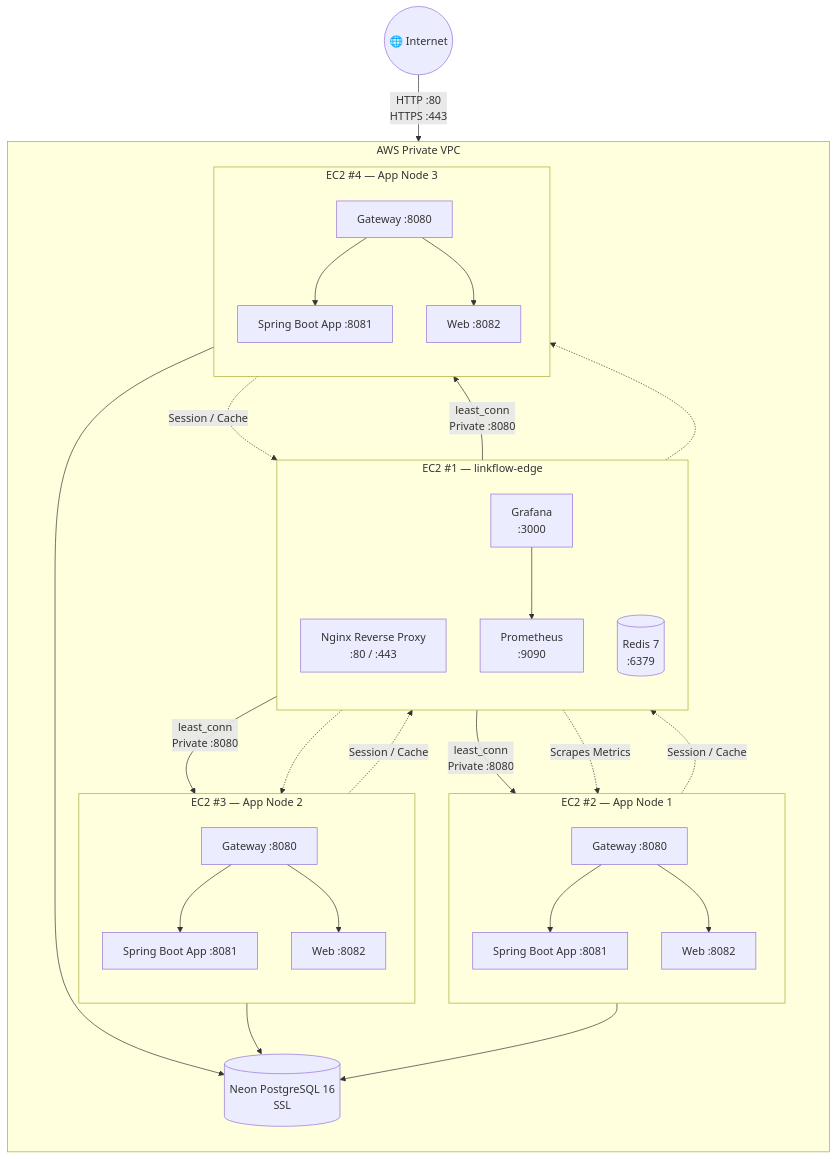
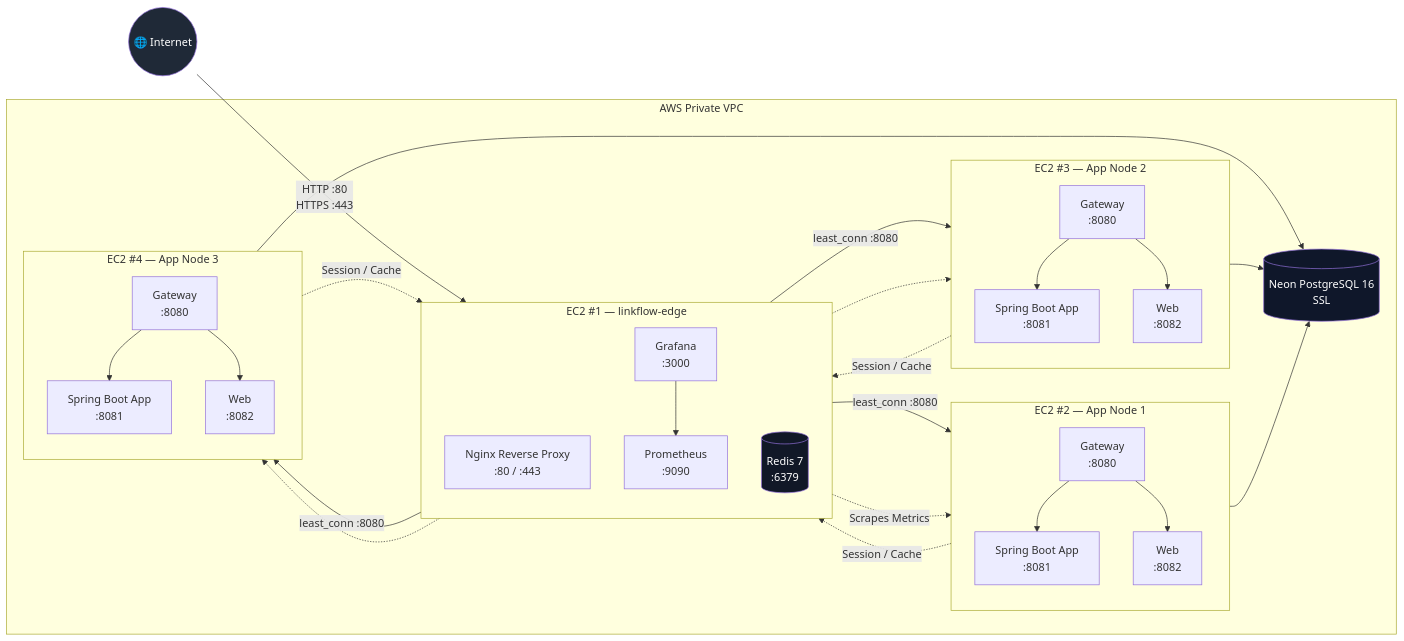
Before and after one commit to SlayerBit/linkflow: the first of 3 diagrams in README.md, drawn with Mermaid.

Commit message:
docs: update cluster topology to flowchart LR with instance subgraphs and styling

````diff
--- a/README.md
+++ b/README.md
@@ -70,64 +70,67 @@
 ```mermaid
-flowchart TB
+flowchart LR
     Internet((🌐 Internet))
 
-    Internet -->|HTTP :80<br/>HTTPS :443| Edge
+    Internet -->|HTTP :80<br/>HTTPS :443| Nginx
 
     subgraph VPC["AWS Private VPC"]
-        direction TB
 
-        subgraph EDGE["EC2 #1 — linkflow-edge"]
+        subgraph EC1["EC2 #1 — linkflow-edge"]
             direction TB
-            Edge["Nginx Reverse Proxy<br/>:80 / :443"]
-            Redis[("Redis 7<br/>:6379")]
-            Prom["Prometheus<br/>:9090"]
-            Graf["Grafana<br/>:3000"]
+            Grafana[Grafana<br/>:3000]
+            Prometheus[Prometheus<br/>:9090]
+            Nginx[Nginx Reverse Proxy<br/>:80 / :443]
+            Redis[(Redis 7<br/>:6379)]
+            Grafana --> Prometheus
         end
 
-        Edge -->|least_conn<br/>Private :8080| GW1
-        Edge -->|least_conn<br/>Private :8080| GW2
-        Edge -->|least_conn<br/>Private :8080| GW3
-
-        subgraph APP1["EC2 #2 — App Node 1"]
+        subgraph EC2["EC2 #2 — App Node 1"]
             direction TB
-            GW1["Gateway :8080"]
-            A1["Spring Boot App :8081"]
-            W1["Web :8082"]
-            GW1 --> A1
-            GW1 --> W1
+            GW1[Gateway<br/>:8080]
+            APP1[Spring Boot App<br/>:8081]
+            WEB1[Web<br/>:8082]
+            GW1 --> APP1
+            GW1 --> WEB1
         end
 
-        subgraph APP2["EC2 #3 — App Node 2"]
+        subgraph EC3["EC2 #3 — App Node 2"]
             direction TB
-            GW2["Gateway :8080"]
-            A2["Spring Boot App :8081"]
-            W2["Web :8082"]
-            GW2 --> A2
-            GW2 --> W2
+            GW2[Gateway<br/>:8080]
+            APP2[Spring Boot App<br/>:8081]
+            WEB2[Web<br/>:8082]
+            GW2 --> APP2
+            GW2 --> WEB2
         end
 
-        subgraph APP3["EC2 #4 — App Node 3"]
+        subgraph EC4["EC2 #4 — App Node 3"]
             direction TB
-            GW3["Gateway :8080"]
-            A3["Spring Boot App :8081"]
-            W3["Web :8082"]
-            GW3 --> A3
-            GW3 --> W3
+            GW3[Gateway<br/>:8080]
+            APP3[Spring Boot App<br/>:8081]
+            WEB3[Web<br/>:8082]
+            GW3 --> APP3
+            GW3 --> WEB3
         end
 
-        DB[("Neon PostgreSQL 16<br/>SSL")]
+        DB[(Neon PostgreSQL 16<br/>SSL)]
     end
 
-    A1 --> DB
-    A2 --> DB
-    A3 --> DB
+    Nginx -->|least_conn :8080| GW1
+    Nginx -->|least_conn :8080| GW2
+    Nginx -->|least_conn :8080| GW3
 
-    A1 -. Session / Cache .-> Redis
-    A2 -. Session / Cache .-> Redis
-    A3 -. Session / Cache .-> Redis
+    APP1 --> DB
+    APP2 --> DB
+    APP3 --> DB
 
-    Prom -. Scrapes Metrics .-> A1
-    Prom -.-> A2
-    Prom -.-> A3
-    Graf --> Prom
+    APP1 -. Session / Cache .-> Redis
+    APP2 -. Session / Cache .-> Redis
+    APP3 -. Session / Cache .-> Redis
+
+    Prometheus -. Scrapes Metrics .-> APP1
+    Prometheus -.-> APP2
+    Prometheus -.-> APP3
+
+    style Internet fill:#1f2937,color:#fff
+    style DB fill:#0f172a,color:#fff
+    style Redis fill:#111827,color:#fff
 ```
````
